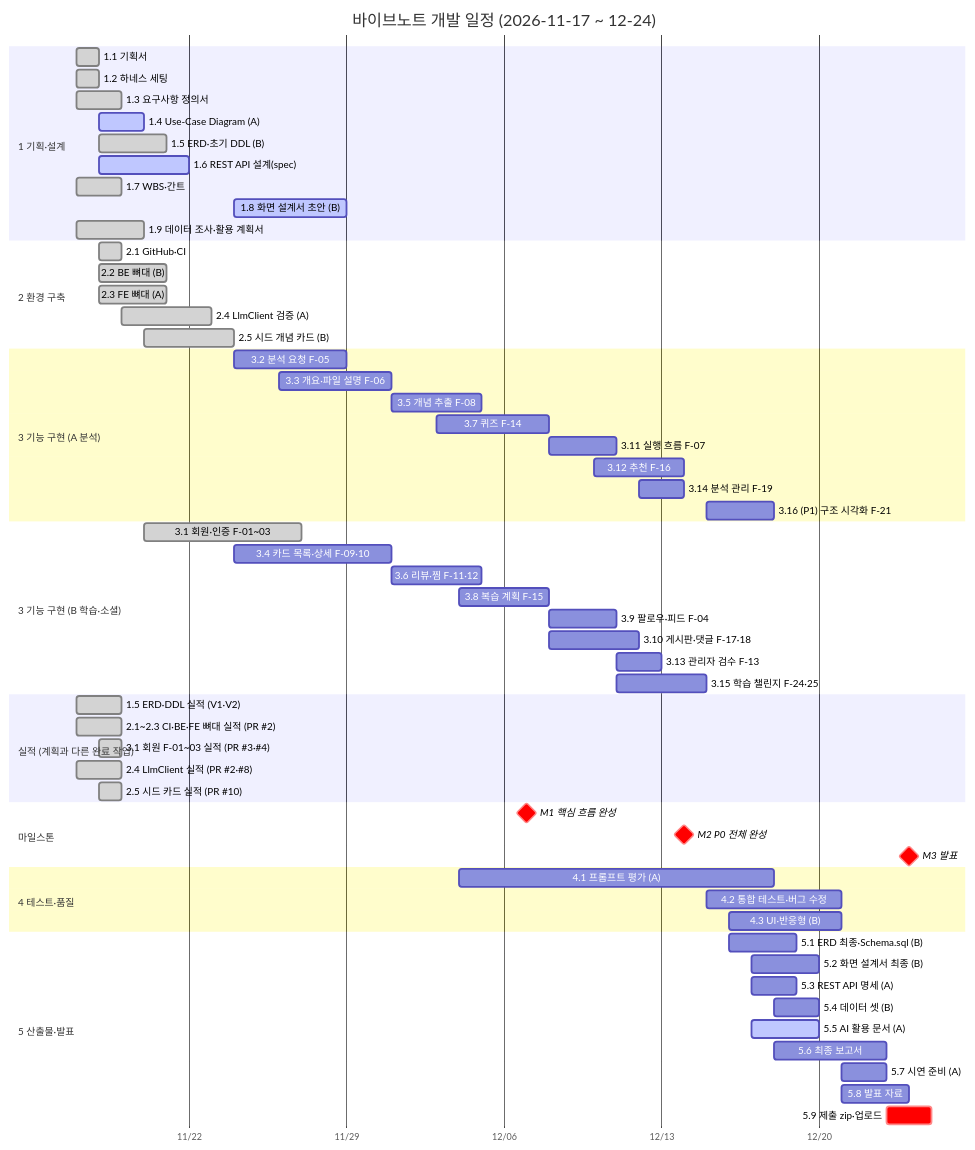
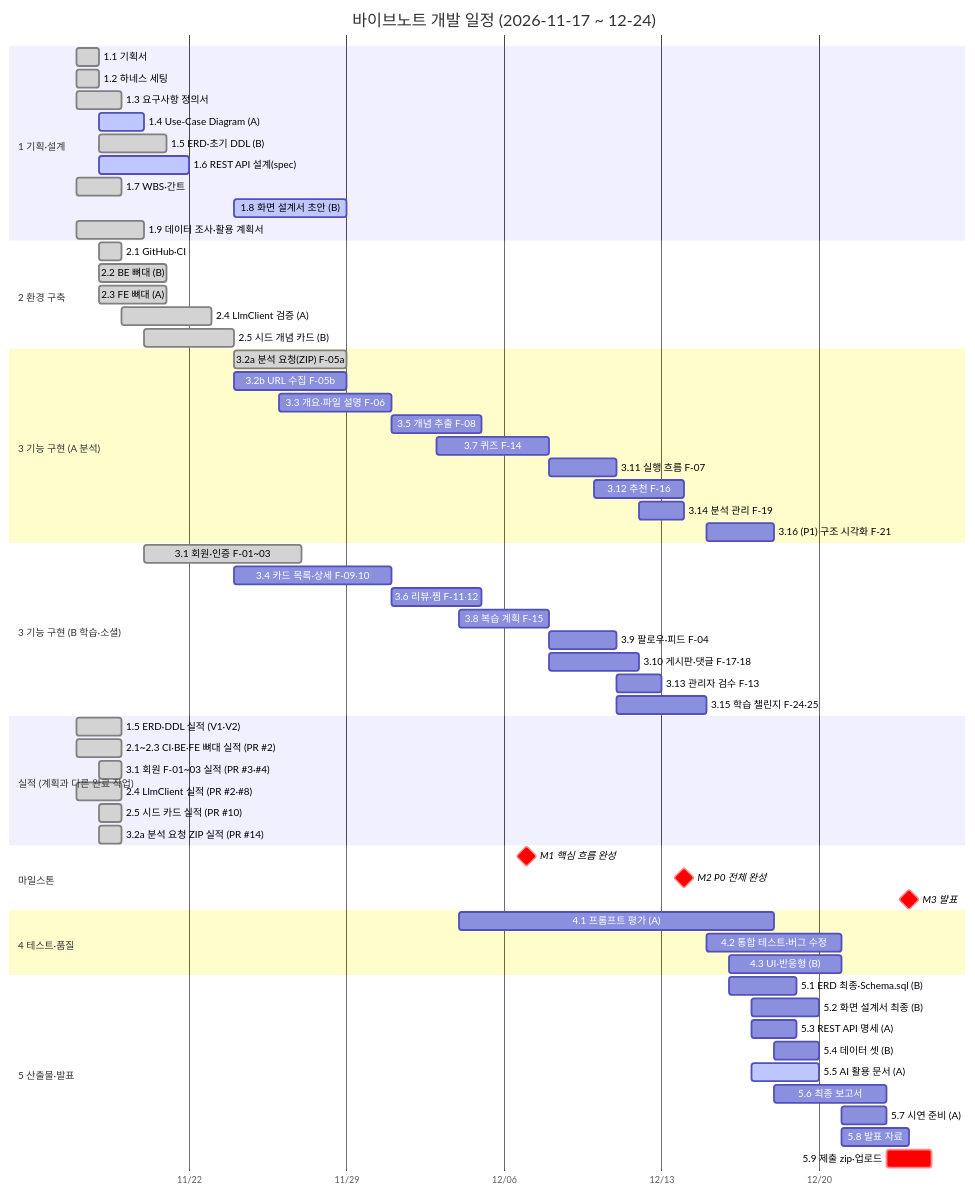
One commit to whans1996/final changed the diagram in docs/산출물/05-간트차트.md. Above: the diagram before and after it, drawn with Mermaid. The commit also changed 4 other files, not shown here.

````diff
--- a/docs/산출물/05-간트차트.md
+++ b/docs/산출물/05-간트차트.md
@@ -7,73 +7,75 @@
 ```mermaid
 gantt
   title 바이브노트 개발 일정 (2026-11-17 ~ 12-24)
   dateFormat YYYY-MM-DD
   axisFormat %m/%d
   todayMarker off
 
   section 1 기획·설계
   1.1 기획서                     :done,    t11, 2026-11-17, 1d
   1.2 하네스 세팅                :done,    t12, 2026-11-17, 1d
   1.3 요구사항 정의서            :done,    t13, 2026-11-17, 2d
   1.4 Use-Case Diagram (A)       :active,  t14, 2026-11-18, 2d
   1.5 ERD·초기 DDL (B)           :done,    t15, 2026-11-18, 3d
   1.6 REST API 설계(spec)        :active,  t16, 2026-11-18, 4d
   1.7 WBS·간트                   :done,    t17, 2026-11-17, 2d
   1.8 화면 설계서 초안 (B)       :active,  t18, 2026-11-24, 5d
   1.9 데이터 조사·활용 계획서    :done,    t19, 2026-11-17, 3d
 
   section 2 환경 구축
   2.1 GitHub·CI                  :done,    t21, 2026-11-18, 1d
   2.2 BE 뼈대 (B)                :done,    t22, 2026-11-18, 3d
   2.3 FE 뼈대 (A)                :done,    t23, 2026-11-18, 3d
   2.4 LlmClient 검증 (A)         :done,    t24, 2026-11-19, 4d
   2.5 시드 개념 카드 (B)         :done,    t25, 2026-11-20, 4d
 
   section 3 기능 구현 (A 분석)
-  3.2 분석 요청 F-05             :         t32, 2026-11-24, 5d
+  3.2a 분석 요청(ZIP) F-05a     :done,    t32a, 2026-11-24, 5d
+  3.2b URL 수집 F-05b            :         t32b, 2026-11-24, 5d
   3.3 개요·파일 설명 F-06        :         t33, 2026-11-26, 5d
   3.5 개념 추출 F-08             :         t35, 2026-12-01, 4d
   3.7 퀴즈 F-14                  :         t37, 2026-12-03, 5d
   3.11 실행 흐름 F-07            :         t311, 2026-12-08, 3d
   3.12 추천 F-16                 :         t312, 2026-12-10, 4d
   3.14 분석 관리 F-19            :         t314, 2026-12-12, 2d
   3.16 (P1) 구조 시각화 F-21     :         t316, 2026-12-15, 3d
 
   section 3 기능 구현 (B 학습·소셜)
   3.1 회원·인증 F-01~03          :done,    t31, 2026-11-20, 7d
   3.4 카드 목록·상세 F-09·10     :         t34, 2026-11-24, 7d
   3.6 리뷰·찜 F-11·12            :         t36, 2026-12-01, 4d
   3.8 복습 계획 F-15             :         t38, 2026-12-04, 4d
   3.9 팔로우·피드 F-04           :         t39, 2026-12-08, 3d
   3.10 게시판·댓글 F-17·18       :         t310, 2026-12-08, 4d
   3.13 관리자 검수 F-13          :         t313, 2026-12-11, 2d
   3.15 학습 챌린지 F-24·25       :         t315, 2026-12-11, 4d
 
   section 실적 (계획과 다른 완료 작업)
   1.5 ERD·DDL 실적 (V1·V2)       :done,    a15, 2026-11-17, 2d
   2.1~2.3 CI·BE·FE 뼈대 실적 (PR #2) :done, a21, 2026-11-17, 2d
   3.1 회원 F-01~03 실적 (PR #3·#4) :done,  a31, 2026-11-18, 1d
   2.4 LlmClient 실적 (PR #2·#8) :done,    a24, 2026-11-17, 2d
   2.5 시드 카드 실적 (PR #10)    :done,    a25, 2026-11-18, 1d
+  3.2a 분석 요청 ZIP 실적 (PR #14) :done,  a32a, 2026-11-18, 1d
 
   section 마일스톤
   M1 핵심 흐름 완성              :milestone, crit, m1, 2026-12-07, 0d
   M2 P0 전체 완성                :milestone, crit, m2, 2026-12-14, 0d
   M3 발표                        :milestone, crit, m3, 2026-12-24, 0d
 
   section 4 테스트·품질
   4.1 프롬프트 평가 (A)          :         t41, 2026-12-04, 14d
   4.2 통합 테스트·버그 수정      :         t42, 2026-12-15, 6d
   4.3 UI·반응형 (B)              :         t43, 2026-12-16, 5d
 
   section 5 산출물·발표
   5.1 ERD 최종·Schema.sql (B)    :         t51, 2026-12-16, 3d
   5.2 화면 설계서 최종 (B)       :         t52, 2026-12-17, 3d
   5.3 REST API 명세 (A)          :         t53, 2026-12-17, 2d
   5.4 데이터 셋 (B)              :         t54, 2026-12-18, 2d
   5.5 AI 활용 문서 (A)           :active,  t55, 2026-12-17, 3d
   5.6 최종 보고서                :         t56, 2026-12-18, 5d
   5.7 시연 준비 (A)              :         t57, 2026-12-21, 2d
   5.8 발표 자료                  :         t58, 2026-12-21, 3d
   5.9 제출 zip·업로드            :crit,    t59, 2026-12-23, 2d
 ```
````
